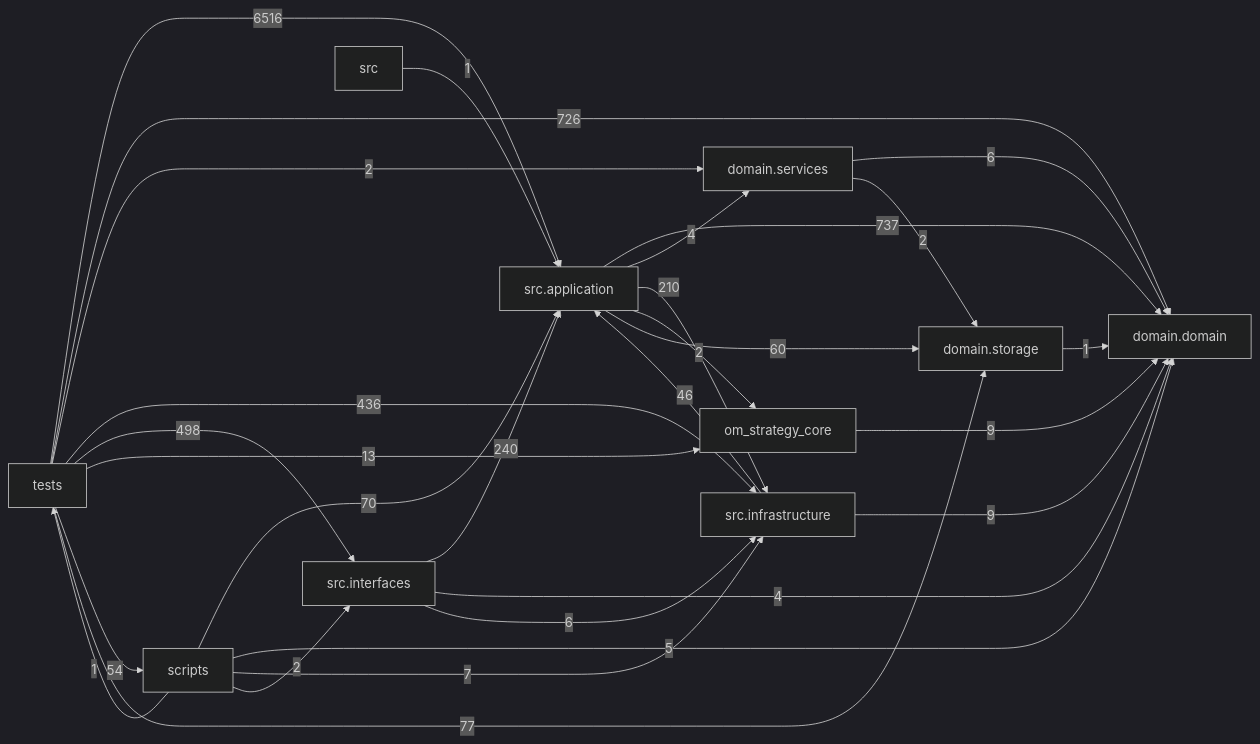
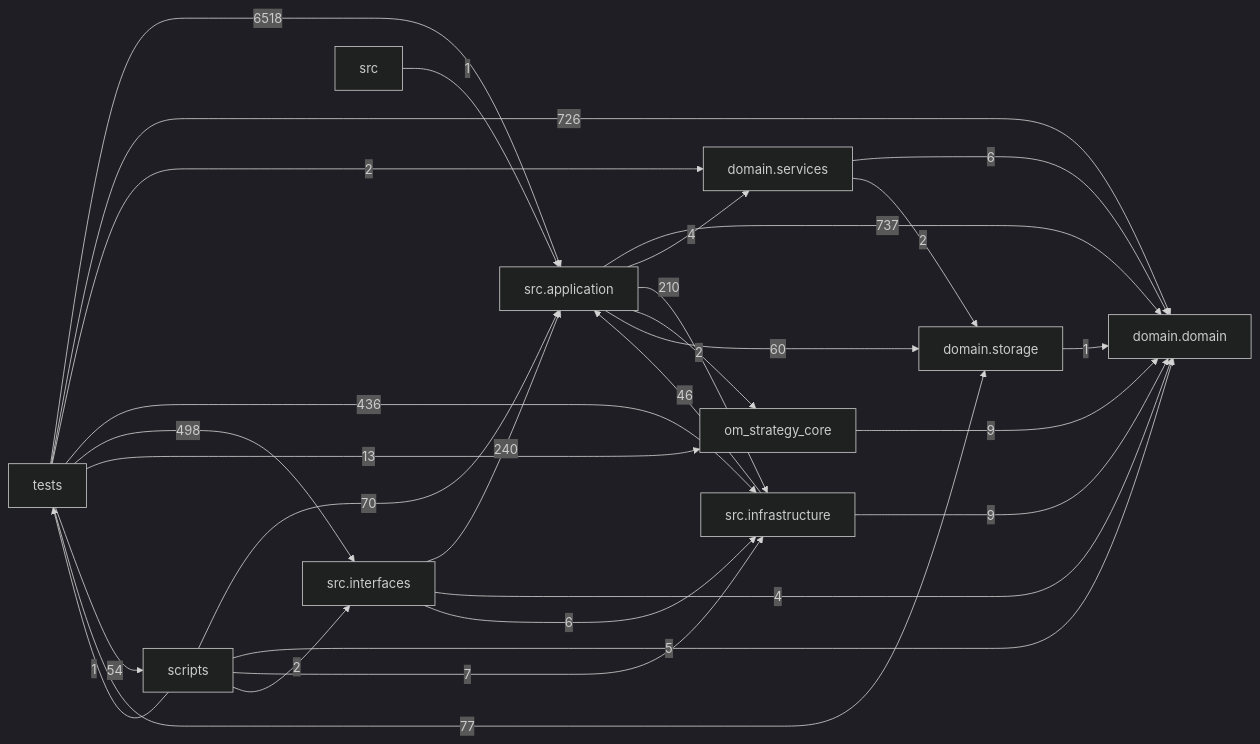
Before and after one commit to liuxie066/options-monitor: the diagram in docs/DEPENDENCY_GRAPH.md, drawn with Mermaid (dark theme). The commit also changed other lines of this file and 4 other files, not shown here.

````diff
--- a/docs/DEPENDENCY_GRAPH.md
+++ b/docs/DEPENDENCY_GRAPH.md
@@ -24,39 +24,39 @@
 ```mermaid
 flowchart LR
   tests["tests"]
   scripts["scripts"]
   interfaces["src.interfaces"]
   application["src.application"]
   infrastructure["src.infrastructure"]
   domain_services["domain.services"]
   domain["domain.domain"]
   storage["domain.storage"]
   application -->|737| domain
   application -->|4| domain_services
   application -->|210| infrastructure
   application -->|2| om_strategy_core
   application -->|60| storage
   domain_services -->|6| domain
   domain_services -->|2| storage
   infrastructure -->|46| application
   infrastructure -->|9| domain
   interfaces -->|240| application
   interfaces -->|4| domain
   interfaces -->|6| infrastructure
   om_strategy_core -->|9| domain
   scripts -->|70| application
   scripts -->|5| domain
   scripts -->|7| infrastructure
   scripts -->|2| interfaces
   scripts -->|1| tests
   src -->|1| application
   storage -->|1| domain
-  tests -->|6516| application
+  tests -->|6518| application
   tests -->|726| domain
   tests -->|2| domain_services
   tests -->|436| infrastructure
   tests -->|498| interfaces
   tests -->|13| om_strategy_core
   tests -->|54| scripts
   tests -->|77| storage
 ```
````
